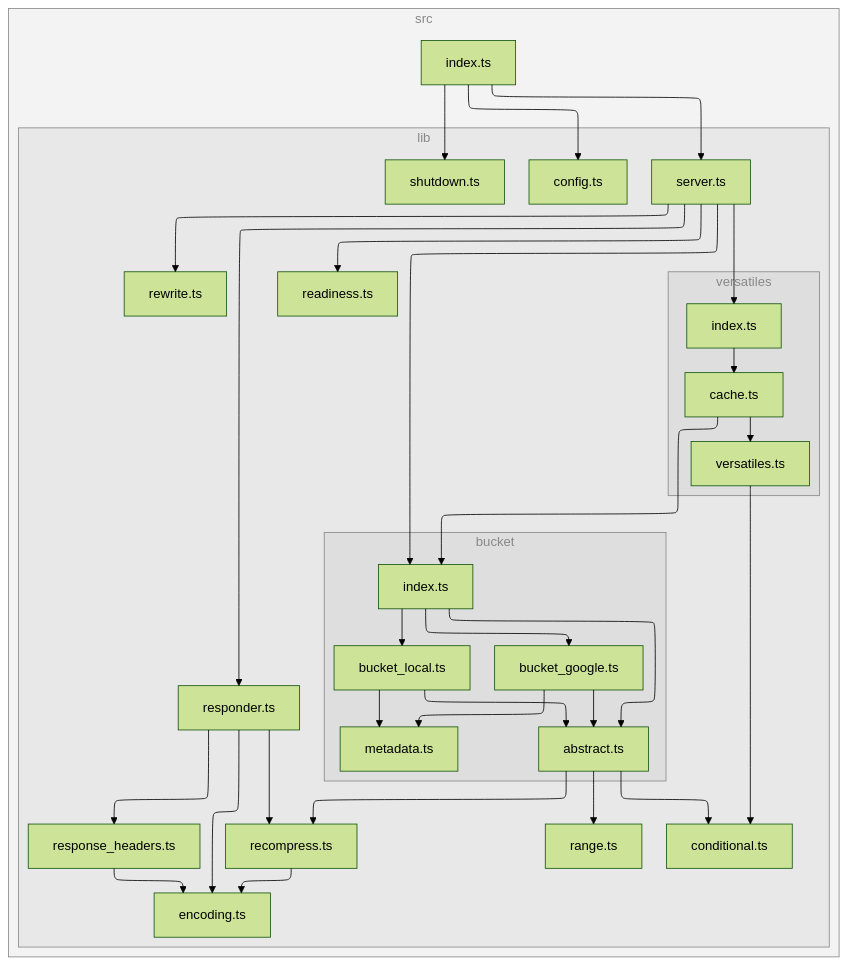
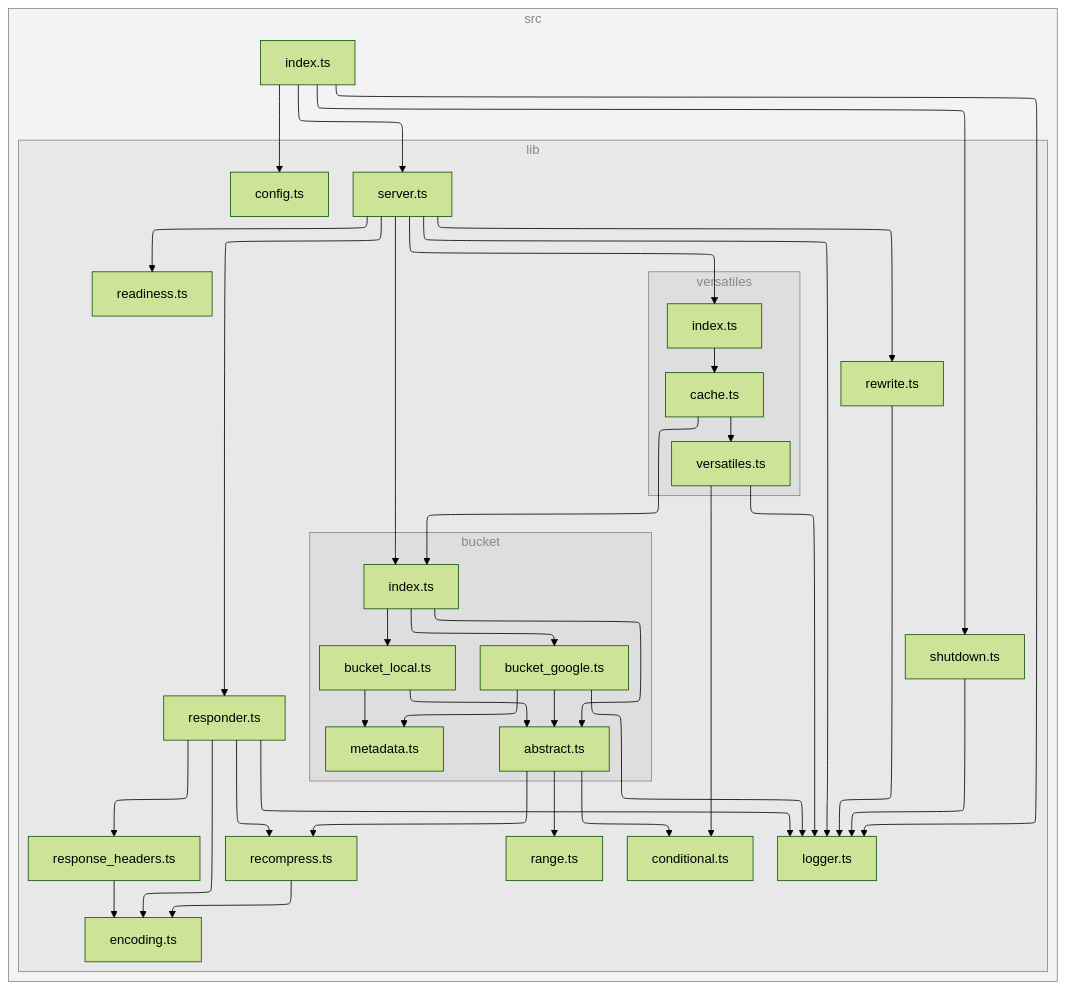
The diagram in README.md (versatiles-org/node-versatiles-google-cloud), drawn with Mermaid (forest theme) before and after one commit. The commit also changed 10 other files, not shown here.

````diff
--- a/README.md
+++ b/README.md
@@ -430,66 +430,74 @@
 ```mermaid
 ---
 config:
   layout: elk
 ---
 flowchart TB
 
 subgraph 0["src"]
 1["index.ts"]
 subgraph 2["lib"]
 3["config.ts"]
-4["server.ts"]
-subgraph 5["bucket"]
-6["index.ts"]
-7["abstract.ts"]
-C["bucket_google.ts"]
-D["metadata.ts"]
-E["bucket_local.ts"]
+4["logger.ts"]
+5["server.ts"]
+subgraph 6["bucket"]
+7["index.ts"]
+8["abstract.ts"]
+D["bucket_google.ts"]
+E["metadata.ts"]
+F["bucket_local.ts"]
 end
-8["conditional.ts"]
-9["range.ts"]
-A["recompress.ts"]
-B["encoding.ts"]
-F["readiness.ts"]
-G["responder.ts"]
-H["response_headers.ts"]
-I["rewrite.ts"]
-subgraph J["versatiles"]
-K["index.ts"]
-L["cache.ts"]
-M["versatiles.ts"]
+9["conditional.ts"]
+A["range.ts"]
+B["recompress.ts"]
+C["encoding.ts"]
+G["readiness.ts"]
+H["responder.ts"]
+I["response_headers.ts"]
+J["rewrite.ts"]
+subgraph K["versatiles"]
+L["index.ts"]
+M["cache.ts"]
+N["versatiles.ts"]
 end
-N["shutdown.ts"]
+O["shutdown.ts"]
 end
 end
 1-->3
 1-->4
-1-->N
-4-->6
-4-->F
-4-->G
-4-->I
-4-->K
-6-->7
-6-->C
-6-->E
+1-->5
+1-->O
+5-->7
+5-->4
+5-->G
+5-->H
+5-->J
+5-->L
 7-->8
-7-->9
-7-->A
-A-->B
-C-->7
-C-->D
-E-->7
-E-->D
-G-->B
-G-->A
-G-->H
+7-->D
+7-->F
+8-->9
+8-->A
+8-->B
+B-->C
+D-->4
+D-->8
+D-->E
+F-->8
+F-->E
+H-->C
+H-->4
 H-->B
-K-->L
-L-->6
+H-->I
+I-->C
+J-->4
 L-->M
-M-->8
+M-->7
+M-->N
+N-->9
+N-->4
+O-->4
 
-class 0,2,5,J subgraphs;
+class 0,2,6,K subgraphs;
 classDef subgraphs fill-opacity:0.1, fill:#888, color:#888, stroke:#888;
 ```
````
